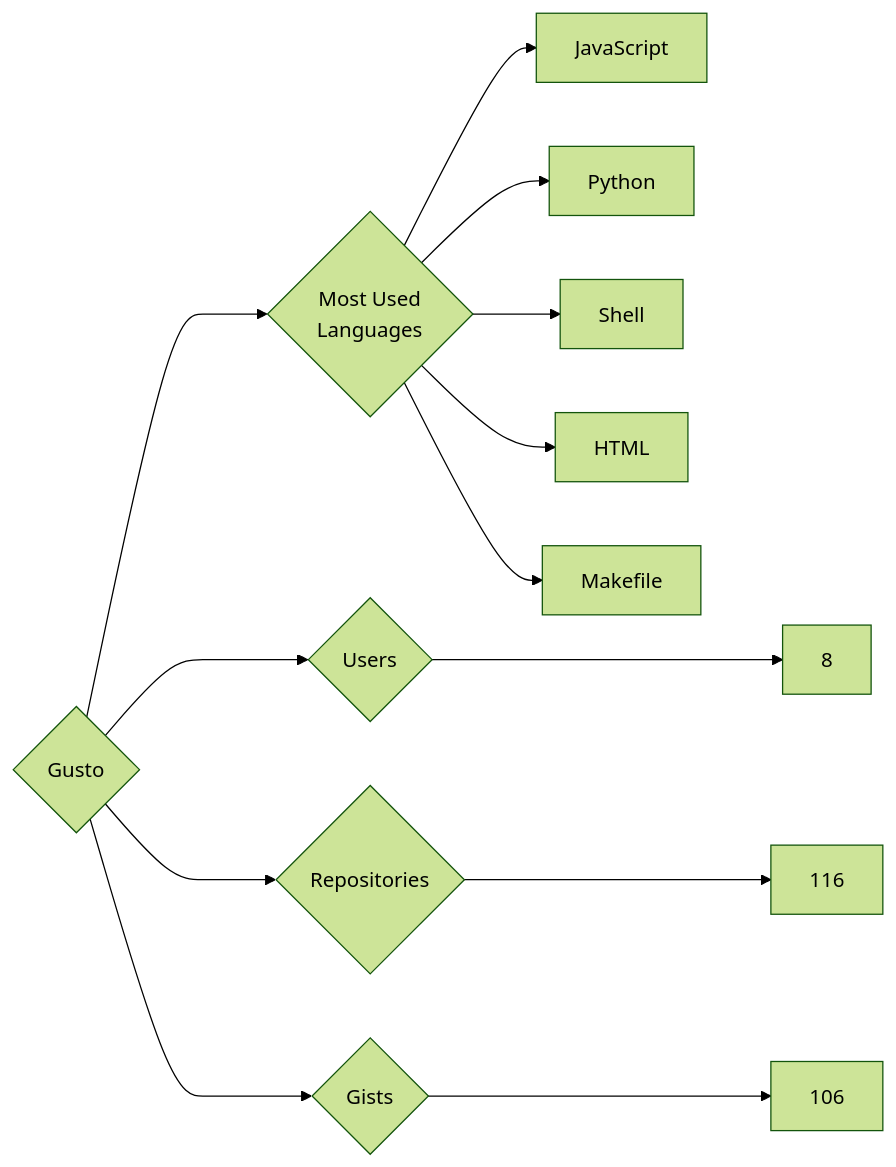
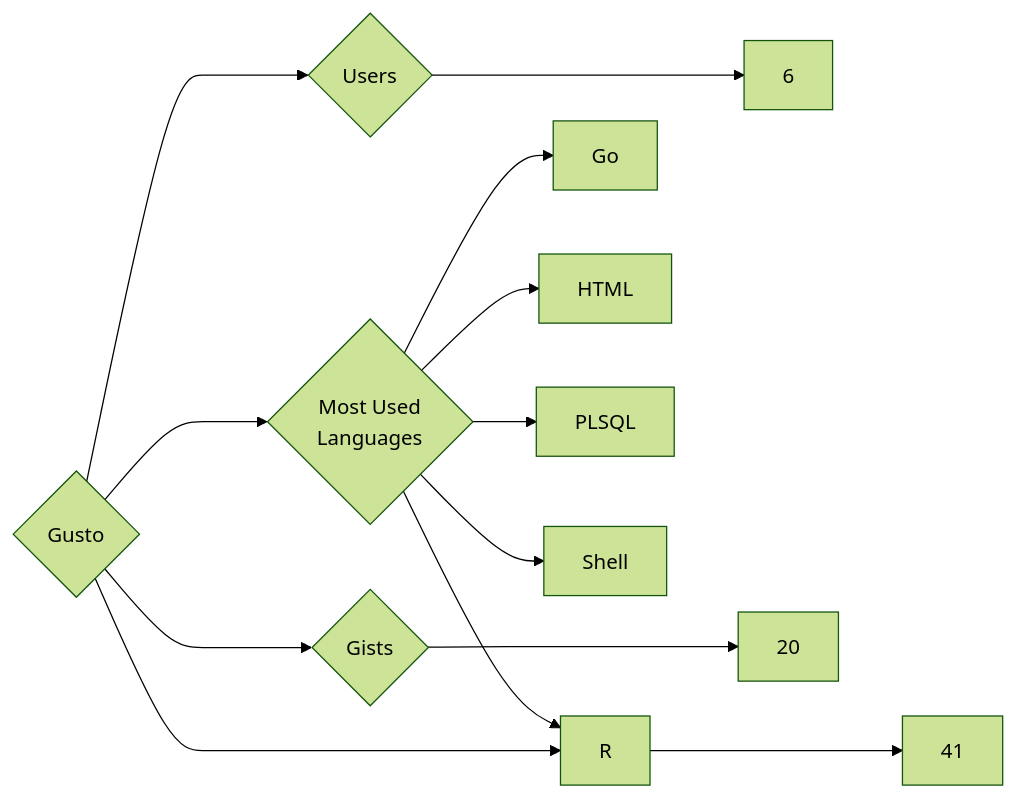
The diagram in targets/Gusto/README.md (trickest/insiders), drawn with Mermaid (forest theme) before and after one commit. The commit also changed 1212 other files, not shown here.

````diff
--- a/targets/Gusto/README.md
+++ b/targets/Gusto/README.md
@@ -3,13 +3,13 @@
 ```mermaid
 graph LR
 COMPANY_NAME{Gusto}
-COMPANY_NAME ---> U{Users} ---> UN[8]
-COMPANY_NAME ---> R{Repositories} ---> RN[116]
-COMPANY_NAME ---> G{Gists} ---> GN[106]
+COMPANY_NAME ---> U{Users} ---> UN[6]
+COMPANY_NAME ---> R{Repositories} ---> RN[41]
+COMPANY_NAME ---> G{Gists} ---> GN[20]
 COMPANY_NAME ---> ML{Most Used<br>Languages}
-ML --> JavaScript[JavaScript]
-ML --> Python[Python]
+ML --> Go[Go]
+ML --> HTML[HTML]
+ML --> PLSQL[PLSQL]
 ML --> Shell[Shell]
-ML --> HTML[HTML]
-ML --> Makefile[Makefile]
+ML --> R[R]
 ```
````
